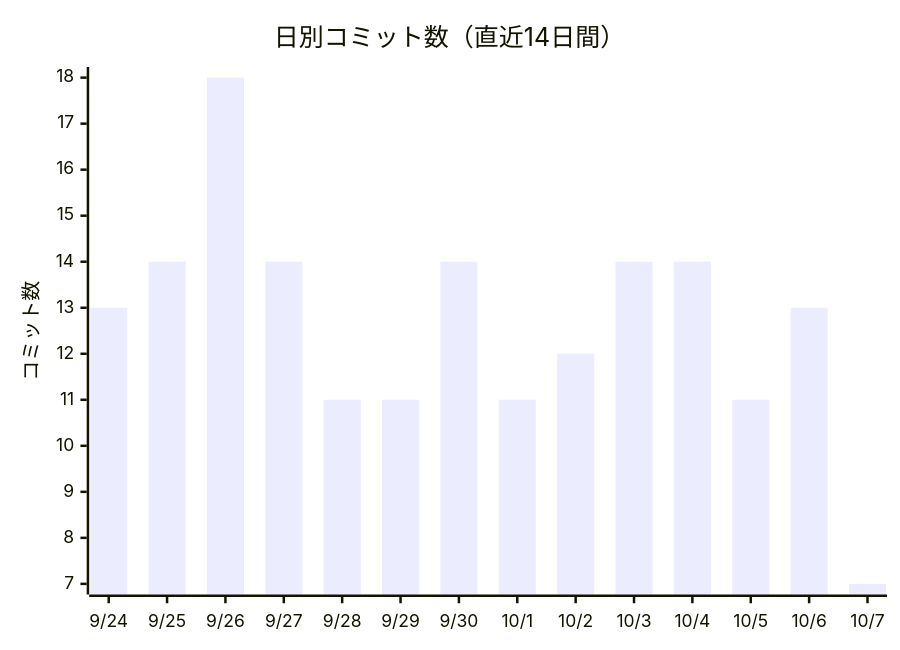
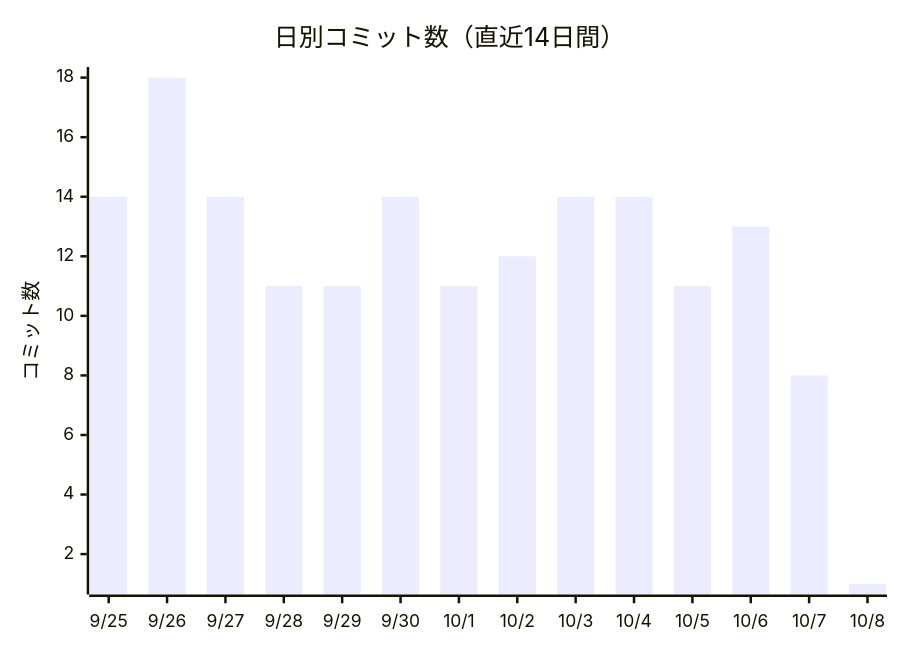
The first of 2 diagrams in docs/進化レポート.md (non-x2/non-x2), drawn with Mermaid before and after one commit. The commit also changed other lines of this file and 3 other files, not shown here.

````diff
--- a/docs/進化レポート.md
+++ b/docs/進化レポート.md
@@ -23,7 +23,7 @@
 ```mermaid
 xychart-beta
     title "日別コミット数（直近14日間）"
-    x-axis ["9/24", "9/25", "9/26", "9/27", "9/28", "9/29", "9/30", "10/1", "10/2", "10/3", "10/4", "10/5", "10/6", "10/7"]
+    x-axis ["9/25", "9/26", "9/27", "9/28", "9/29", "9/30", "10/1", "10/2", "10/3", "10/4", "10/5", "10/6", "10/7", "10/8"]
     y-axis "コミット数"
-    bar [13, 14, 18, 14, 11, 11, 14, 11, 12, 14, 14, 11, 13, 7]
+    bar [14, 18, 14, 11, 11, 14, 11, 12, 14, 14, 11, 13, 8, 1]
 ```
````
